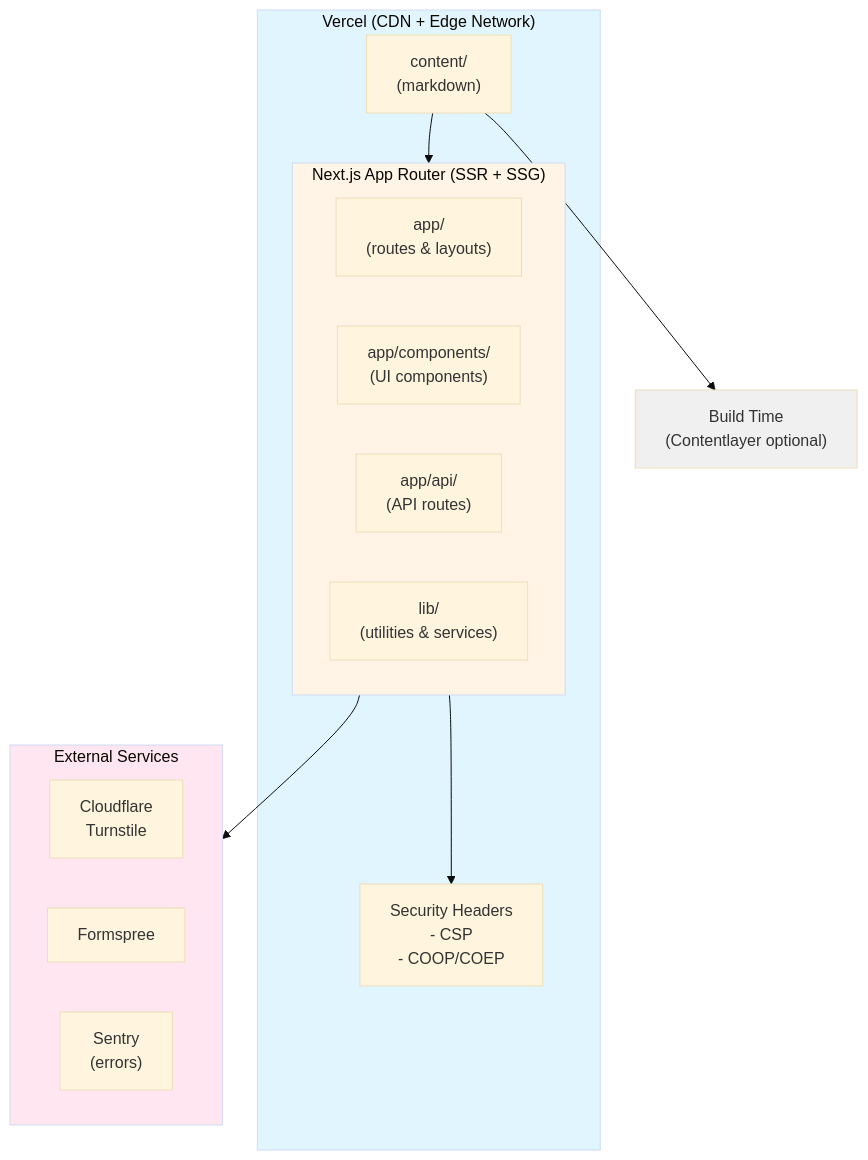
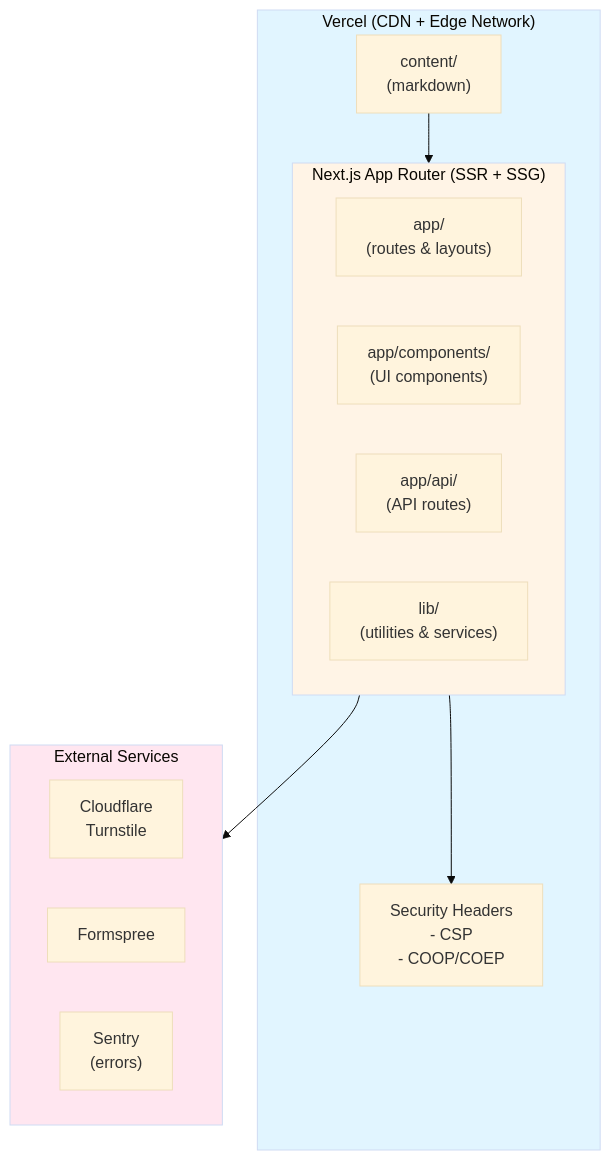
The first of 6 diagrams in docs/ARCHITECTURE.md (vicenteopaso/vicenteopaso-vibecode), drawn with Mermaid (base theme) before and after one commit. The commit also changed other lines of this file and 19 other files, not shown here.

````diff
--- a/docs/ARCHITECTURE.md
+++ b/docs/ARCHITECTURE.md
@@ -38,32 +38,28 @@
 ```mermaid
 graph TB
     subgraph Vercel["Vercel (CDN + Edge Network)"]
         subgraph NextJS["Next.js App Router (SSR + SSG)"]
             App["app/<br/>(routes & layouts)"]
             Components["app/components/<br/>(UI components)"]
             API["app/api/<br/>(API routes)"]
             Lib["lib/<br/>(utilities & services)"]
         end
 
         Content["content/<br/>(markdown)"]
         Security["Security Headers<br/>- CSP<br/>- COOP/COEP"]
     end
 
     subgraph External["External Services"]
         Turnstile["Cloudflare<br/>Turnstile"]
         Formspree["Formspree"]
         Sentry["Sentry<br/>(errors)"]
     end
 
-    BuildTime["Build Time<br/>(Contentlayer optional)"]
-
     Content --> NextJS
     NextJS --> Security
     NextJS --> External
-    Content --> BuildTime
 
     style Vercel fill:#e1f5ff
     style NextJS fill:#fff4e6
     style External fill:#ffe6f0
-    style BuildTime fill:#f0f0f0
 ```
````
